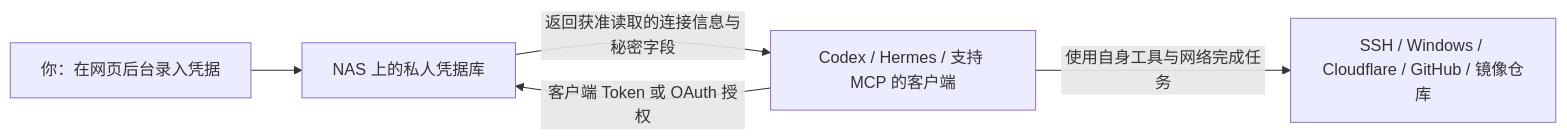
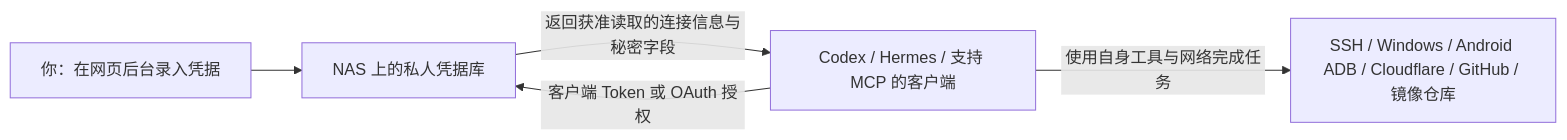
One commit to jinshenganyuci/nas-mcp-console changed the diagram in README.md. Above: the diagram before and after it, drawn with Mermaid. The commit also changed other lines of this file and 20 other files, not shown here.

First line of the commit message:
Add Android ADB credentials and release 0.6.0 [skip ci]

````diff
--- a/README.md
+++ b/README.md
@@ -22,7 +22,7 @@
 ```mermaid
 flowchart LR
     U[你：在网页后台录入凭据] --> V[NAS 上的私人凭据库]
     C[Codex / Hermes / 支持 MCP 的客户端] -->|客户端 Token 或 OAuth 授权| V
     V -->|返回获准读取的连接信息与秘密字段| C
-    C -->|使用自身工具与网络完成任务| S[SSH / Windows / Cloudflare / GitHub / 镜像仓库]
+    C -->|使用自身工具与网络完成任务| S[SSH / Windows / Android ADB / Cloudflare / GitHub / 镜像仓库]
 ```
````
